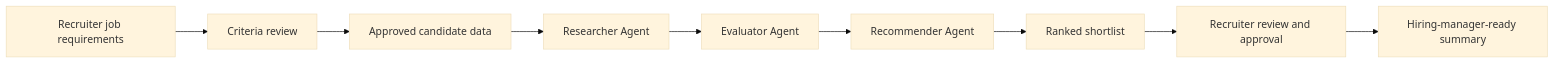
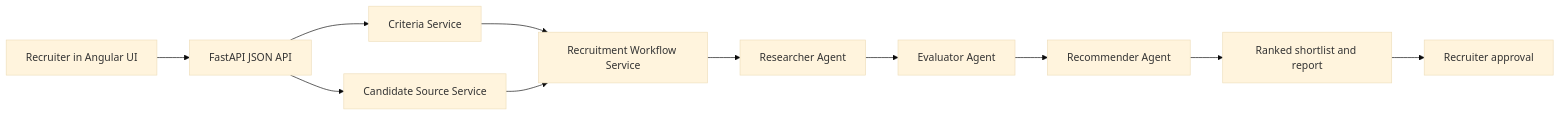
One commit to rodriguesvali/recruitment-assistant changed the diagram in README.md. Above: the diagram before and after it, drawn with Mermaid (base theme). The commit also changed other lines of this file, not shown here.

````diff
--- a/README.md
+++ b/README.md
@@ -67,11 +69,13 @@
 ```mermaid
 flowchart LR
-  A[Recruiter job requirements] --> B[Criteria review]
-  B --> C[Approved candidate data]
-  C --> D[Researcher Agent]
-  D --> E[Evaluator Agent]
-  E --> F[Recommender Agent]
-  F --> G[Ranked shortlist]
-  G --> H[Recruiter review and approval]
-  H --> I[Hiring-manager-ready summary]
+  A[Recruiter in Angular UI] --> B[FastAPI JSON API]
+  B --> C[Criteria Service]
+  B --> D[Candidate Source Service]
+  C --> E[Recruitment Workflow Service]
+  D --> E
+  E --> F[Researcher Agent]
+  F --> G[Evaluator Agent]
+  G --> H[Recommender Agent]
+  H --> I[Ranked shortlist and report]
+  I --> J[Recruiter approval]
 ```
````
